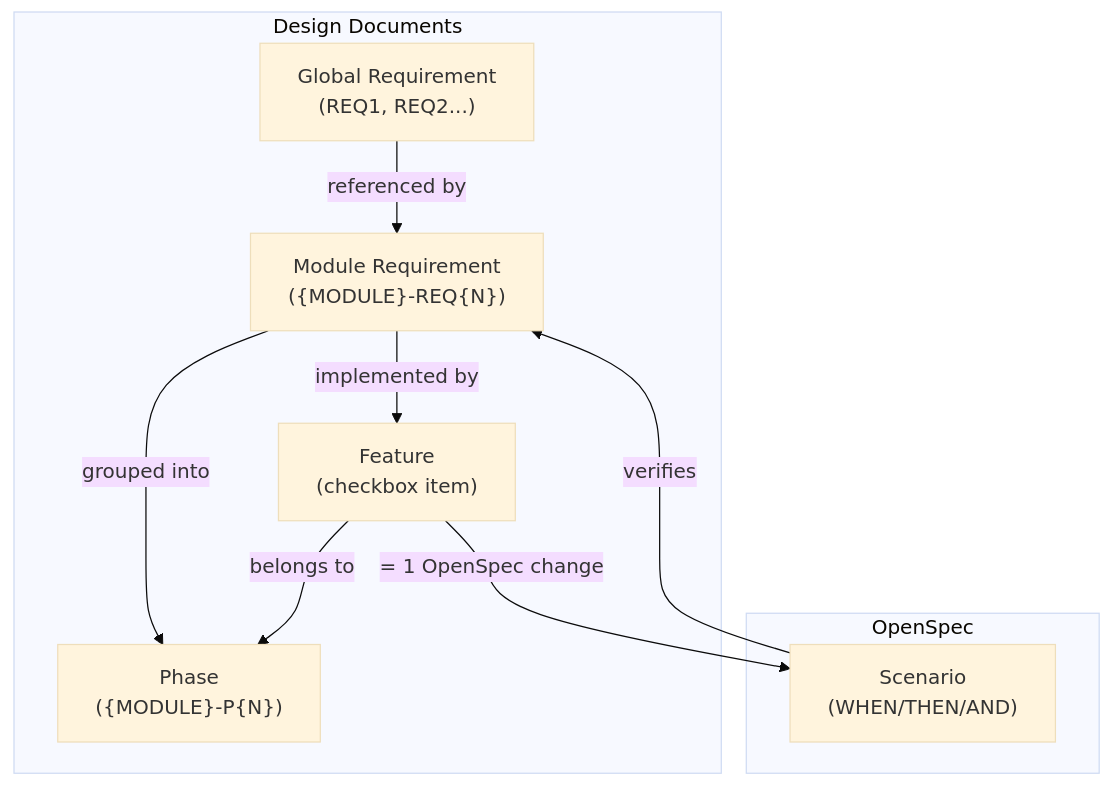
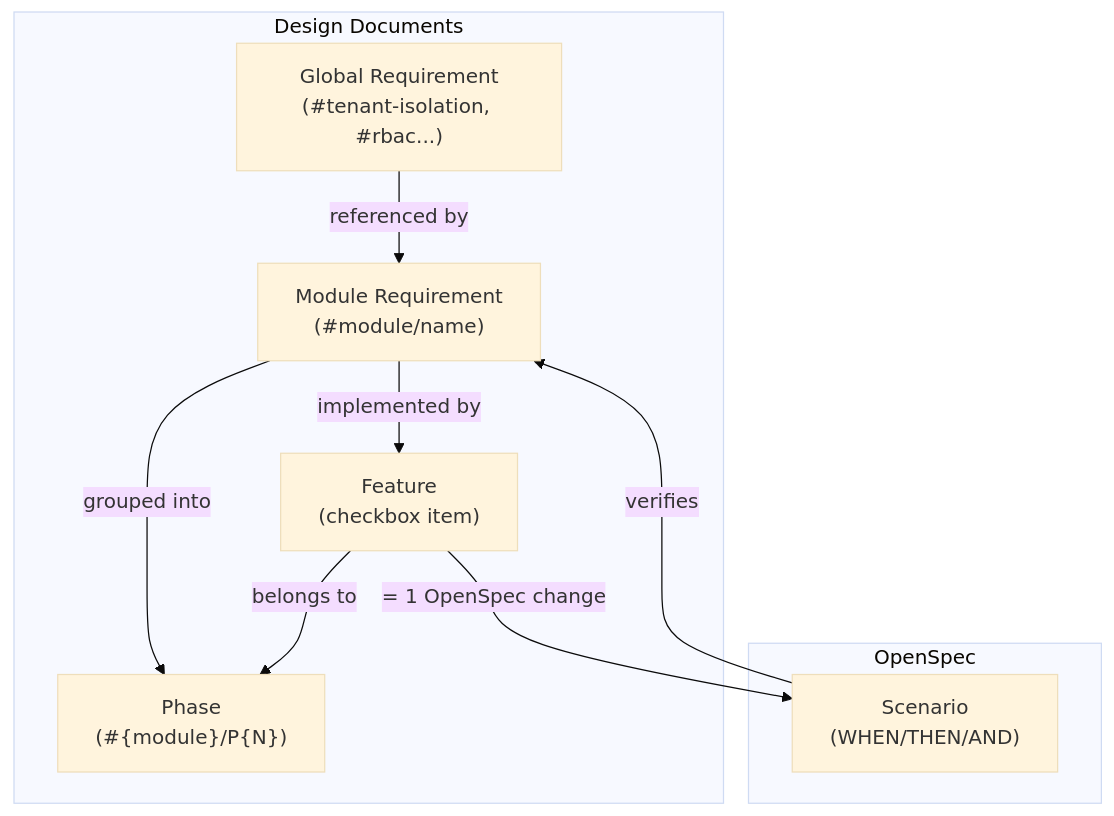
One commit to hypernetix/hyperspot changed the diagram in docs/module_dev_workflow/REFERENCE.md. Above: the diagram before and after it, drawn with Mermaid (base theme). The commit also changed other lines of this file and 6 other files, not shown here.

````diff
--- a/docs/module_dev_workflow/REFERENCE.md
+++ b/docs/module_dev_workflow/REFERENCE.md
@@ -33,20 +33,20 @@
 ```mermaid
 graph TD
     subgraph "Design Documents"
-        GR["Global Requirement<br/>(REQ1, REQ2...)"]
-        MR["Module Requirement<br/>({MODULE}-REQ{N})"]
-        PH["Phase<br/>({MODULE}-P{N})"]
+        GR["Global Requirement<br/>(#tenant-isolation, #rbac...)"]
+        MR["Module Requirement<br/>(#module/name)"]
+        PH["Phase<br/>(#{module}/P{N})"]
         FT["Feature<br/>(checkbox item)"]
     end
 
     subgraph "OpenSpec"
         SC["Scenario<br/>(WHEN/THEN/AND)"]
     end
 
     GR -->|"referenced by"| MR
     MR -->|"grouped into"| PH
     MR -->|"implemented by"| FT
     FT -->|"belongs to"| PH
     FT -->|"= 1 OpenSpec change"| SC
     SC -->|"verifies"| MR
 ```
````
